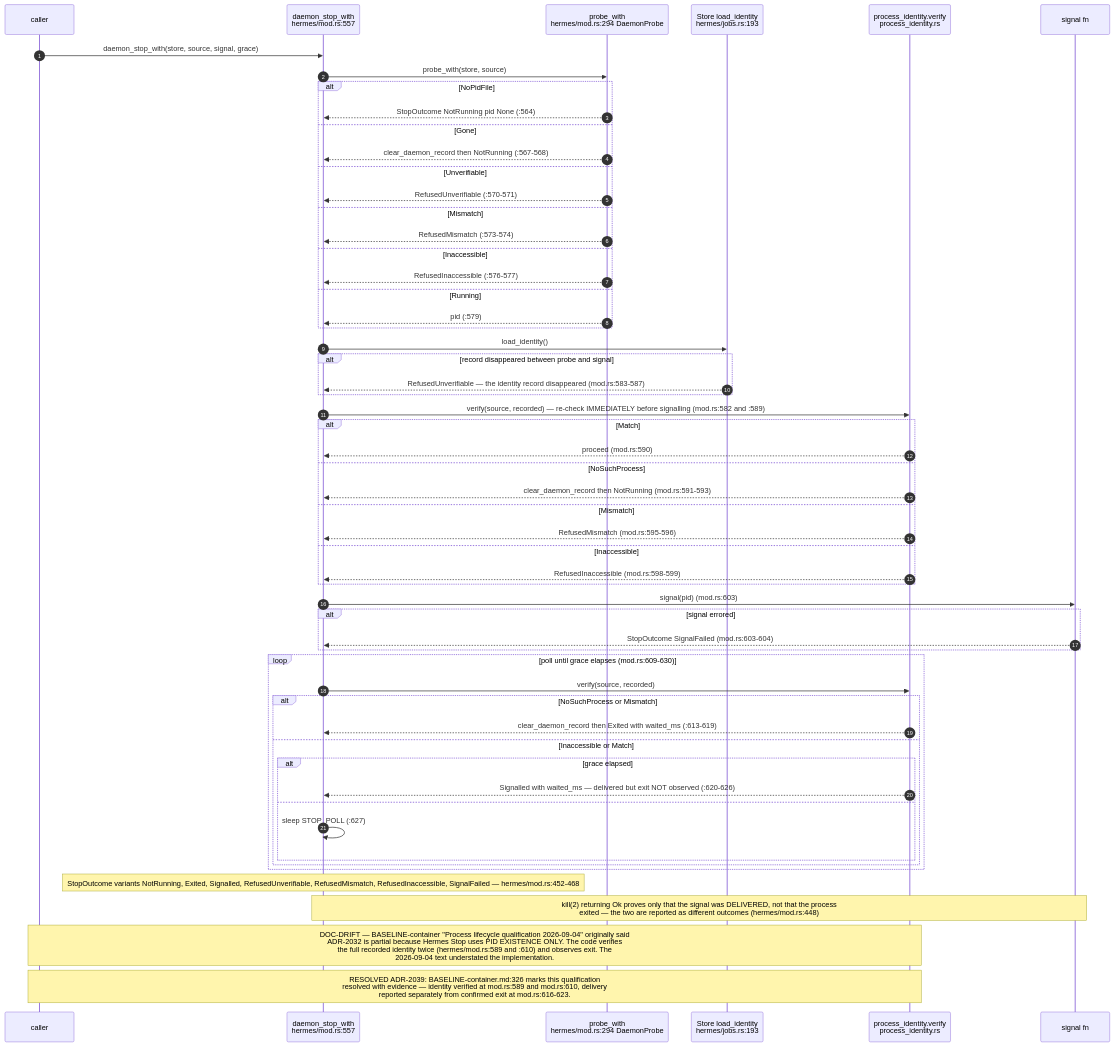
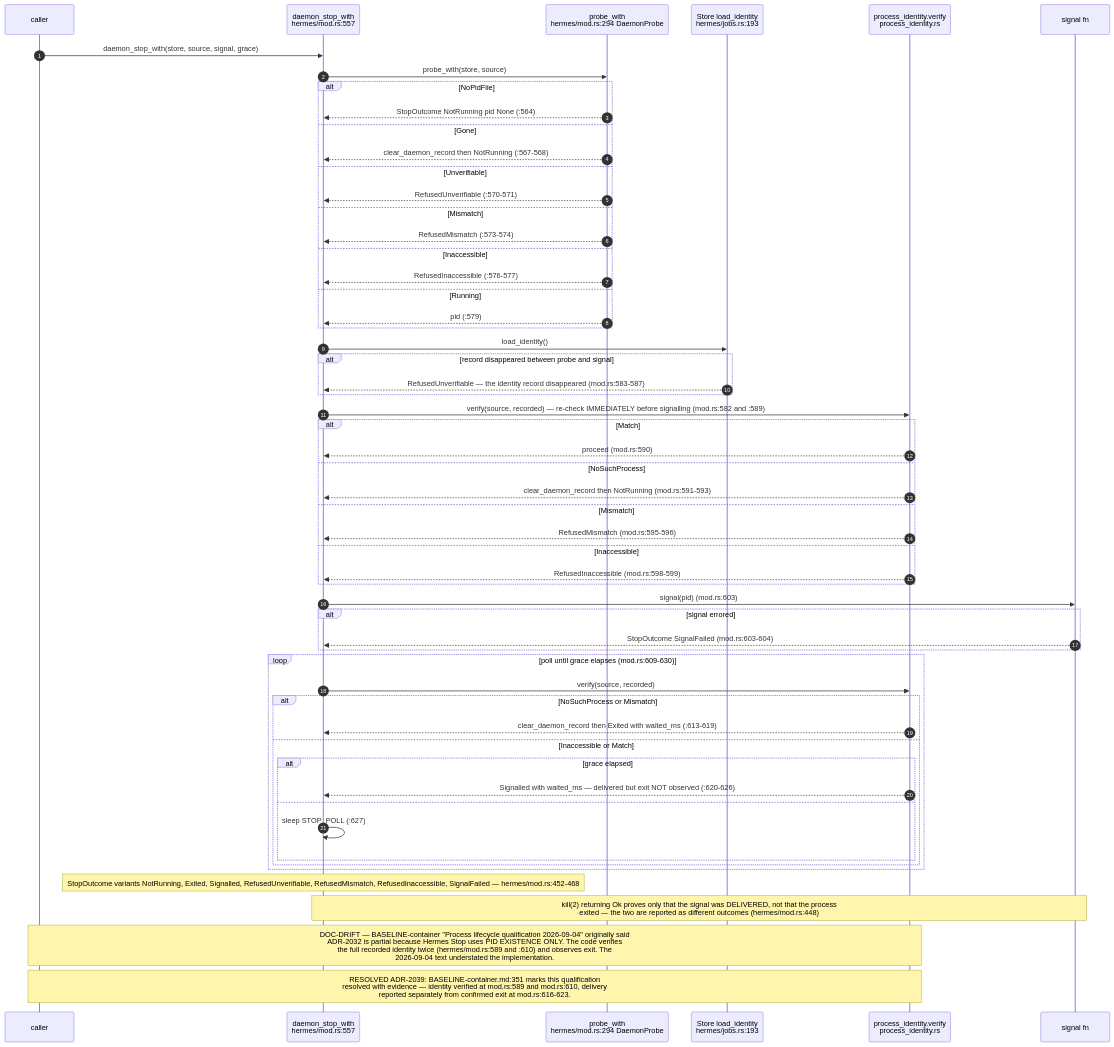
The sixth of 11 diagrams in docs/diagrams/agentbox/07-daemons-reapers-cron-backups.md (DreamLab-AI/VisionFlow), drawn with Mermaid before and after one commit. The commit also changed other lines of this file and 14 other files, not shown here.

Commit message:
docs: align settlement, daemon and dated health diagrams

````diff
--- a/docs/diagrams/agentbox/07-daemons-reapers-cron-backups.md
+++ b/docs/diagrams/agentbox/07-daemons-reapers-cron-backups.md
@@ -248,60 +248,60 @@
 ```mermaid
 sequenceDiagram
     autonumber
     participant C as caller
     participant S as daemon_stop_with<br/>hermes/mod.rs:557
     participant P as probe_with<br/>hermes/mod.rs:294 DaemonProbe
     participant ST as Store load_identity<br/>hermes/jobs.rs:193
     participant V as process_identity.verify<br/>process_identity.rs
     participant SIG as signal fn
 
     C->>S: daemon_stop_with(store, source, signal, grace)
     S->>P: probe_with(store, source)
     alt NoPidFile
         P-->>S: StopOutcome NotRunning pid None (:564)
     else Gone
         P-->>S: clear_daemon_record then NotRunning (:567-568)
     else Unverifiable
         P-->>S: RefusedUnverifiable (:570-571)
     else Mismatch
         P-->>S: RefusedMismatch (:573-574)
     else Inaccessible
         P-->>S: RefusedInaccessible (:576-577)
     else Running
         P-->>S: pid (:579)
     end
     S->>ST: load_identity()
     alt record disappeared between probe and signal
         ST-->>S: RefusedUnverifiable — the identity record disappeared (mod.rs:583-587)
     end
     S->>V: verify(source, recorded) — re-check IMMEDIATELY before signalling (mod.rs:582 and :589)
     alt Match
         V-->>S: proceed (mod.rs:590)
     else NoSuchProcess
         V-->>S: clear_daemon_record then NotRunning (mod.rs:591-593)
     else Mismatch
         V-->>S: RefusedMismatch (mod.rs:595-596)
     else Inaccessible
         V-->>S: RefusedInaccessible (mod.rs:598-599)
     end
     S->>SIG: signal(pid) (mod.rs:603)
     alt signal errored
         SIG-->>S: StopOutcome SignalFailed (mod.rs:603-604)
     end
     loop poll until grace elapses (mod.rs:609-630)
         S->>V: verify(source, recorded)
         alt NoSuchProcess or Mismatch
             V-->>S: clear_daemon_record then Exited with waited_ms (:613-619)
         else Inaccessible or Match
             alt grace elapsed
                 V-->>S: Signalled with waited_ms — delivered but exit NOT observed (:620-626)
             else
                 S->>S: sleep STOP_POLL (:627)
             end
         end
     end
     Note over S: StopOutcome variants NotRunning, Exited, Signalled, RefusedUnverifiable, RefusedMismatch, RefusedInaccessible, SignalFailed — hermes/mod.rs:452-468
     Note over S,SIG: kill(2) returning Ok proves only that the signal was DELIVERED, not that the process<br/>exited — the two are reported as different outcomes (hermes/mod.rs:448)
     Note over C,V: DOC-DRIFT — BASELINE-container "Process lifecycle qualification 2026-09-04" originally said<br/>ADR-2032 is partial because Hermes Stop uses PID EXISTENCE ONLY. The code verifies<br/>the full recorded identity twice (hermes/mod.rs:589 and :610) and observes exit. The<br/>2026-09-04 text understated the implementation.
-    Note over C,V: RESOLVED ADR-2039: BASELINE-container.md:326 marks this qualification<br/>resolved with evidence — identity verified at mod.rs:589 and mod.rs:610, delivery<br/>reported separately from confirmed exit at mod.rs:616-623.
+    Note over C,V: RESOLVED ADR-2039: BASELINE-container.md:351 marks this qualification<br/>resolved with evidence — identity verified at mod.rs:589 and mod.rs:610, delivery<br/>reported separately from confirmed exit at mod.rs:616-623.
 ```
````
